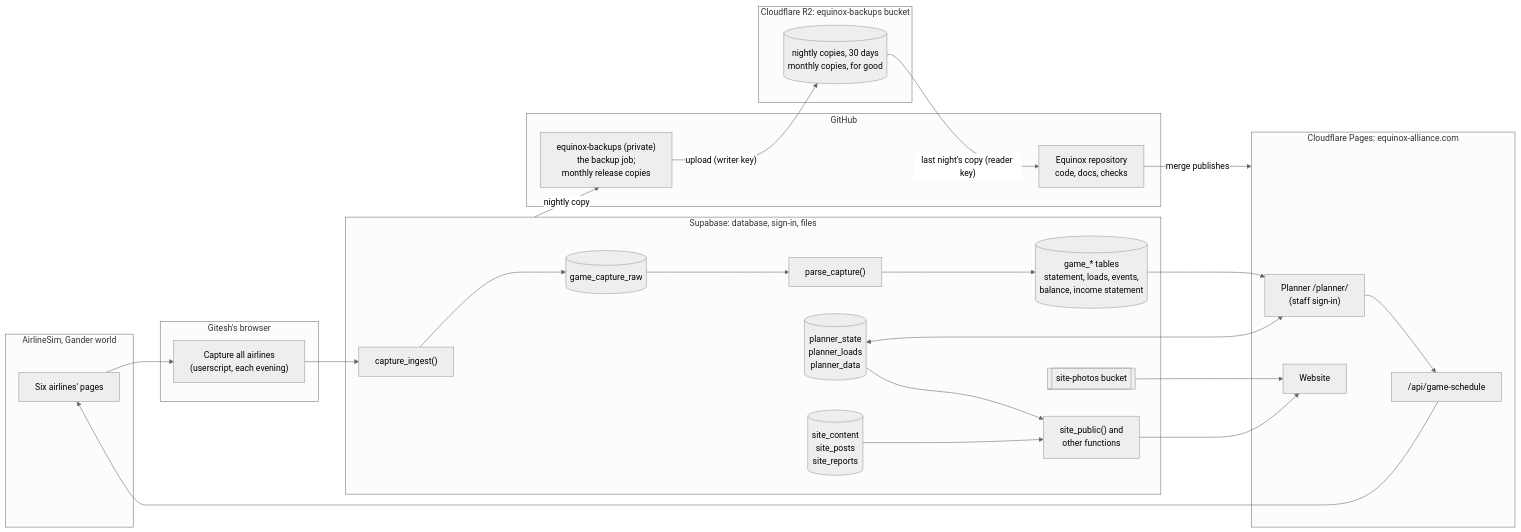
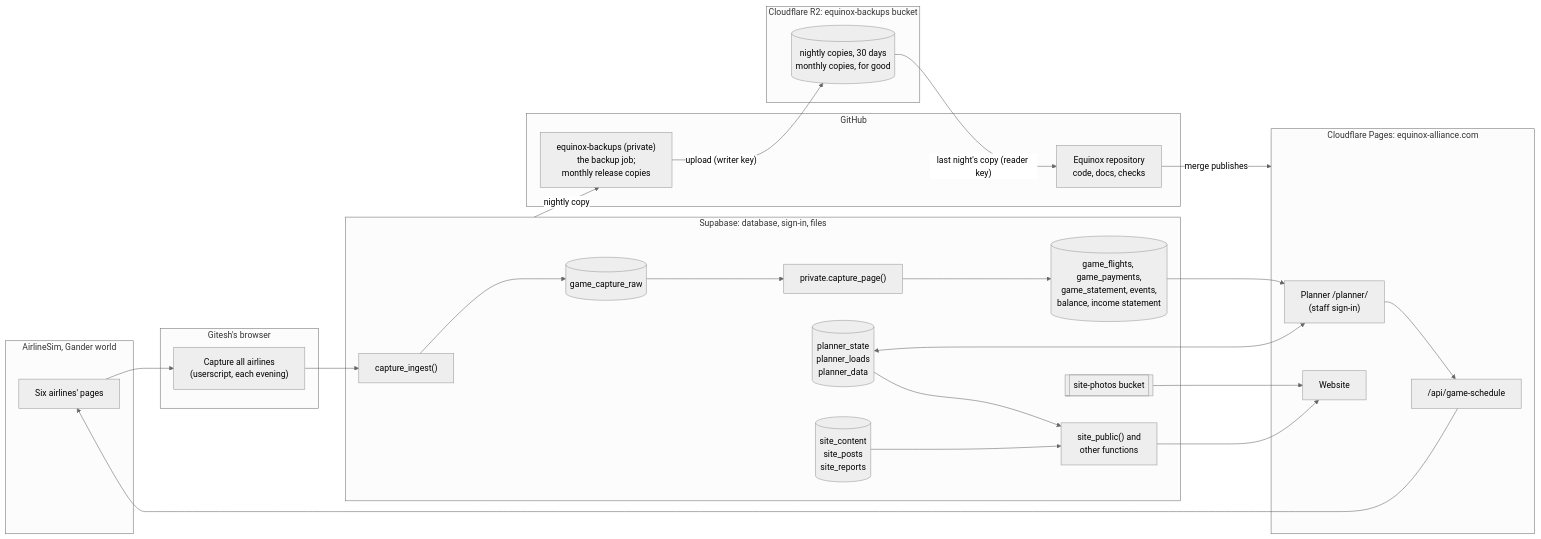
Before and after one commit to GiteshJain/Equinox: the diagram in docs/architecture.md, drawn with Mermaid (neutral theme). The commit also changed other lines of this file and 2 other files, not shown here.

First line of the commit message:
Replay test: compare capture times only where they are a kept page's time; docs

````diff
--- a/docs/architecture.md
+++ b/docs/architecture.md
@@ -7,40 +7,40 @@
 ```mermaid
 flowchart LR
   subgraph Game["AirlineSim, Gander world"]
     G[Six airlines' pages]
   end
   subgraph Gitesh["Gitesh's browser"]
     C["Capture all airlines<br/>(userscript, each evening)"]
   end
   subgraph Supabase["Supabase: database, sign-in, files"]
-    I["capture_ingest()"] --> R[(game_capture_raw)] --> P["parse_capture()"] --> T[("game_* tables<br/>statement, loads, events,<br/>balance, income statement")]
+    I["capture_ingest()"] --> R[(game_capture_raw)] --> P["private.capture_page()"] --> T[("game_flights, game_payments,<br/>game_statement, events,<br/>balance, income statement")]
     PS[(planner_state<br/>planner_loads<br/>planner_data)]
     S[(site_content<br/>site_posts<br/>site_reports)]
     F["site_public() and<br/>other functions"]
     B[[site-photos bucket]]
   end
   subgraph Cloudflare["Cloudflare Pages: equinox-alliance.com"]
     W[Website]
     PL["Planner /planner/<br/>(staff sign-in)"]
     GS["/api/game-schedule"]
   end
   subgraph GitHub
     E["Equinox repository<br/>code, docs, checks"]
     BK["equinox-backups (private)<br/>the backup job;<br/>monthly release copies"]
   end
   subgraph R2["Cloudflare R2: equinox-backups bucket"]
     RB[("nightly copies, 30 days<br/>monthly copies, for good")]
   end
   G --> C --> I
   T --> PL
   PS <--> PL
   PS --> F
   S --> F --> W
   B --> W
   GS --> G
   PL --> GS
   E -- "merge publishes" --> Cloudflare
   Supabase -- "nightly copy" --> BK
   BK -- "upload (writer key)" --> RB
   RB -- "last night's copy (reader key)" --> E
 ```
````
